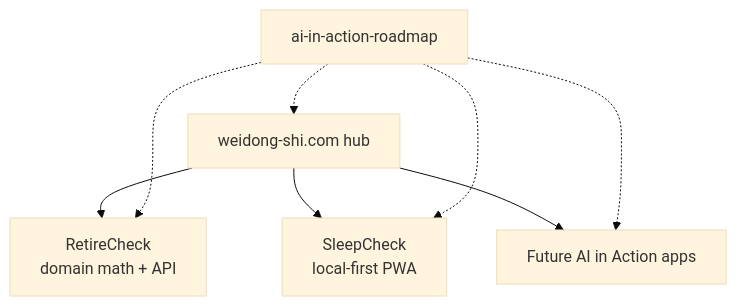
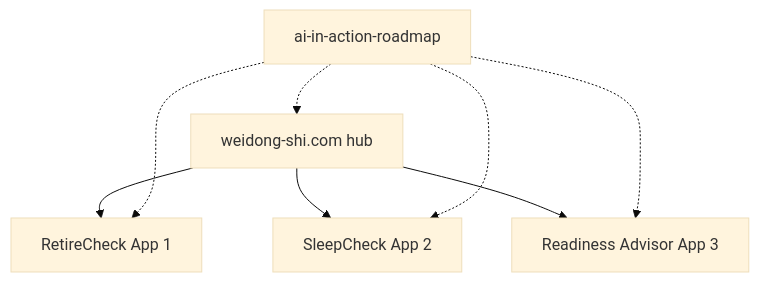
One commit to weidong808/SleepCheck changed the third of 3 diagrams in docs/architecture.md. Above: the diagram before and after it, drawn with Mermaid (base theme). The commit also changed other lines of this file and 2 other files, not shown here.

First line of the commit message:
Point hub links to /work and /insights; include Readiness in series diagram.

````diff
--- a/docs/architecture.md
+++ b/docs/architecture.md
@@ -139,16 +139,16 @@
 ```mermaid
 flowchart TB
   Hub[weidong-shi.com hub]
-  RC[RetireCheck<br/>domain math + API]
-  SC[SleepCheck<br/>local-first PWA]
-  Next[Future AI in Action apps]
+  RC[RetireCheck App 1]
+  SC[SleepCheck App 2]
+  RA[Readiness Advisor App 3]
 
   Hub --> RC
   Hub --> SC
-  Hub --> Next
+  Hub --> RA
 
   Roadmap[ai-in-action-roadmap] -.-> Hub
   Roadmap -.-> RC
   Roadmap -.-> SC
-  Roadmap -.-> Next
+  Roadmap -.-> RA
 ```
````
